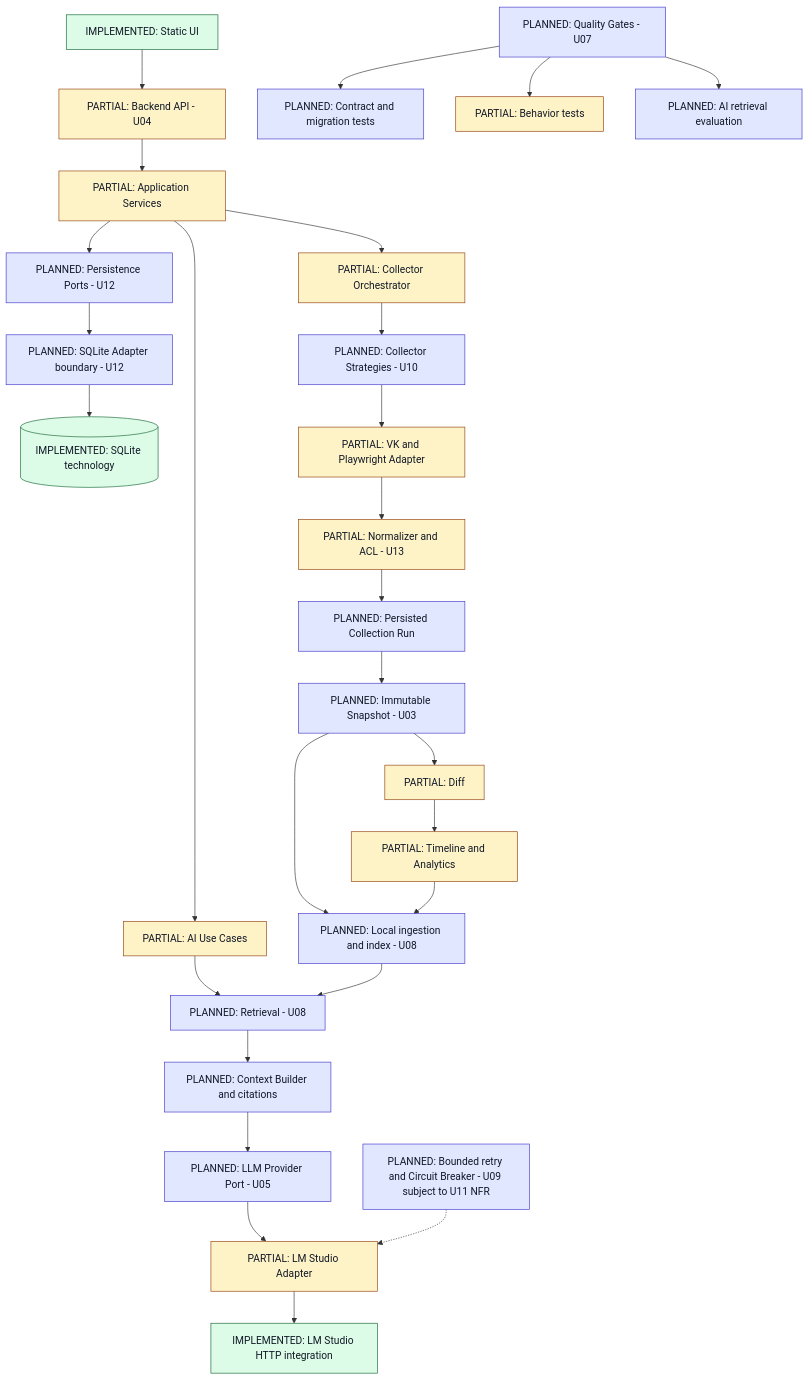
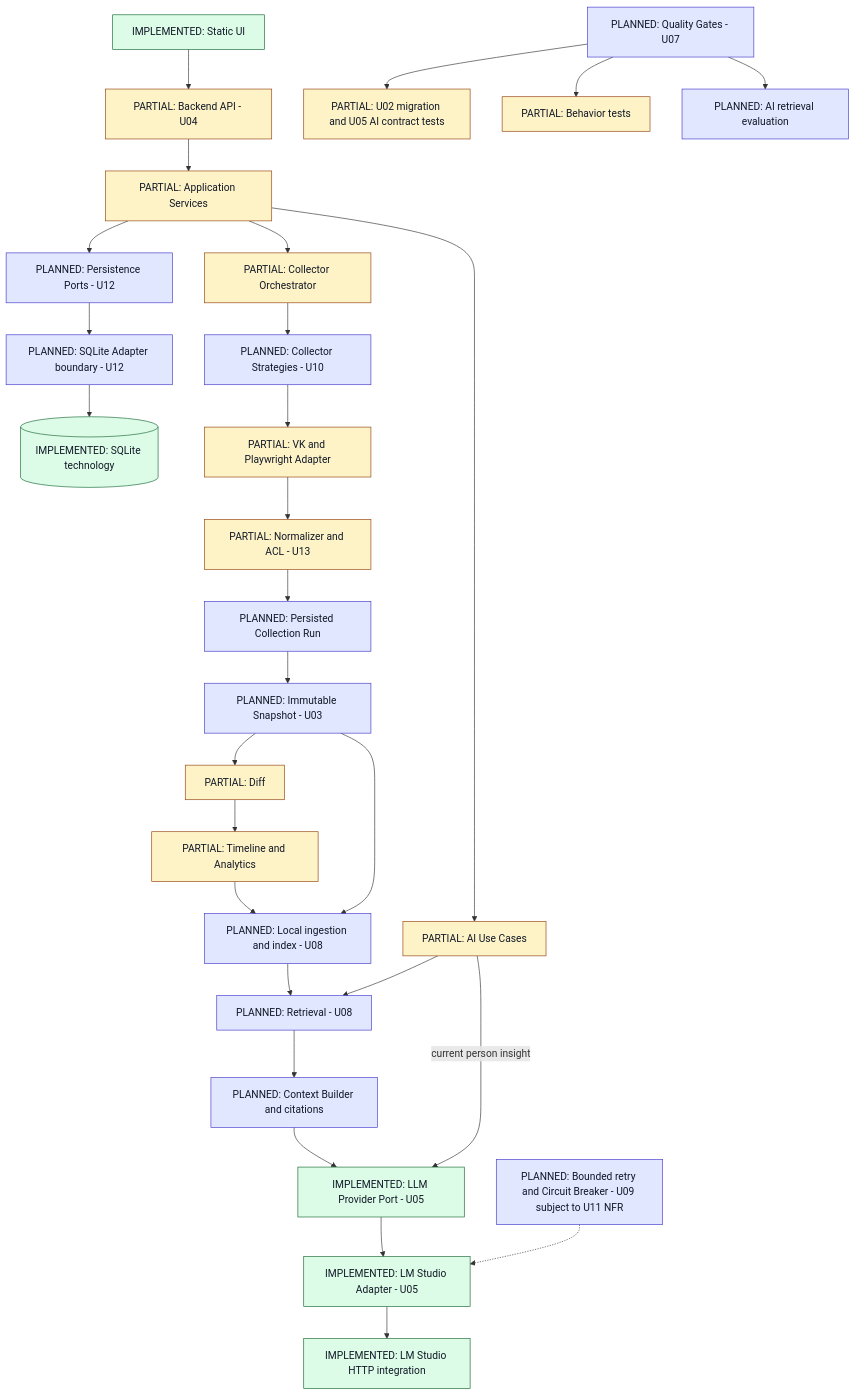
Before and after one commit to morshchagin-ivan/vk_social_radar: the diagram in docs/certification/C4_TARGET.md, drawn with Mermaid. The commit also changed other lines of this file and 20 other files, not shown here.

Commit message:
feat(ai): introduce LLM provider abstraction

````diff
--- a/docs/certification/C4_TARGET.md
+++ b/docs/certification/C4_TARGET.md
@@ -7,35 +7,36 @@
 ```mermaid
 flowchart TD
   UI["IMPLEMENTED: Static UI"] --> API["PARTIAL: Backend API - U04"]
   API --> App["PARTIAL: Application Services"]
   App --> Ports["PLANNED: Persistence Ports - U12"]
   Ports --> SQLAdapter["PLANNED: SQLite Adapter boundary - U12"]
   SQLAdapter --> DB[("IMPLEMENTED: SQLite technology")]
   App --> Orchestrator["PARTIAL: Collector Orchestrator"]
   Orchestrator --> Strategies["PLANNED: Collector Strategies - U10"]
   Strategies --> VKAdapter["PARTIAL: VK and Playwright Adapter"]
   VKAdapter --> ACL["PARTIAL: Normalizer and ACL - U13"]
   ACL --> Run["PLANNED: Persisted Collection Run"]
   Run --> Snapshot["PLANNED: Immutable Snapshot - U03"]
   Snapshot --> Diff["PARTIAL: Diff"]
   Diff --> Analytics["PARTIAL: Timeline and Analytics"]
   Snapshot --> Index["PLANNED: Local ingestion and index - U08"]
   Analytics --> Index
   App --> AI["PARTIAL: AI Use Cases"]
   AI --> Retrieval["PLANNED: Retrieval - U08"]
   Index --> Retrieval
   Retrieval --> Context["PLANNED: Context Builder and citations"]
-  Context --> Provider["PLANNED: LLM Provider Port - U05"]
-  Provider --> LMAdapter["PARTIAL: LM Studio Adapter"]
+  Context --> Provider["IMPLEMENTED: LLM Provider Port - U05"]
+  AI -->|"current person insight"| Provider
+  Provider --> LMAdapter["IMPLEMENTED: LM Studio Adapter - U05"]
   LMAdapter --> LM["IMPLEMENTED: LM Studio HTTP integration"]
   Resilience["PLANNED: Bounded retry and Circuit Breaker - U09 subject to U11 NFR"] -.-> LMAdapter
-  Gates["PLANNED: Quality Gates - U07"] --> ContractGate["PLANNED: Contract and migration tests"]
+  Gates["PLANNED: Quality Gates - U07"] --> ContractGate["PARTIAL: U02 migration and U05 AI contract tests"]
   Gates --> TestGate["PARTIAL: Behavior tests"]
   Gates --> Eval["PLANNED: AI retrieval evaluation"]
   classDef implemented fill:#dcfce7,stroke:#166534,color:#111827
   classDef partial fill:#fef3c7,stroke:#92400e,color:#111827
   classDef planned fill:#e0e7ff,stroke:#4338ca,color:#111827
-  class UI,DB,LM implemented
-  class API,App,Orchestrator,VKAdapter,ACL,Diff,Analytics,AI,LMAdapter,TestGate partial
-  class Ports,SQLAdapter,Strategies,Run,Snapshot,Index,Retrieval,Context,Provider,Resilience,Gates,ContractGate,Eval planned
+  class UI,DB,LM,Provider,LMAdapter implemented
+  class API,App,Orchestrator,VKAdapter,ACL,Diff,Analytics,AI,TestGate,ContractGate partial
+  class Ports,SQLAdapter,Strategies,Run,Snapshot,Index,Retrieval,Context,Resilience,Gates,Eval planned
 ```
````
